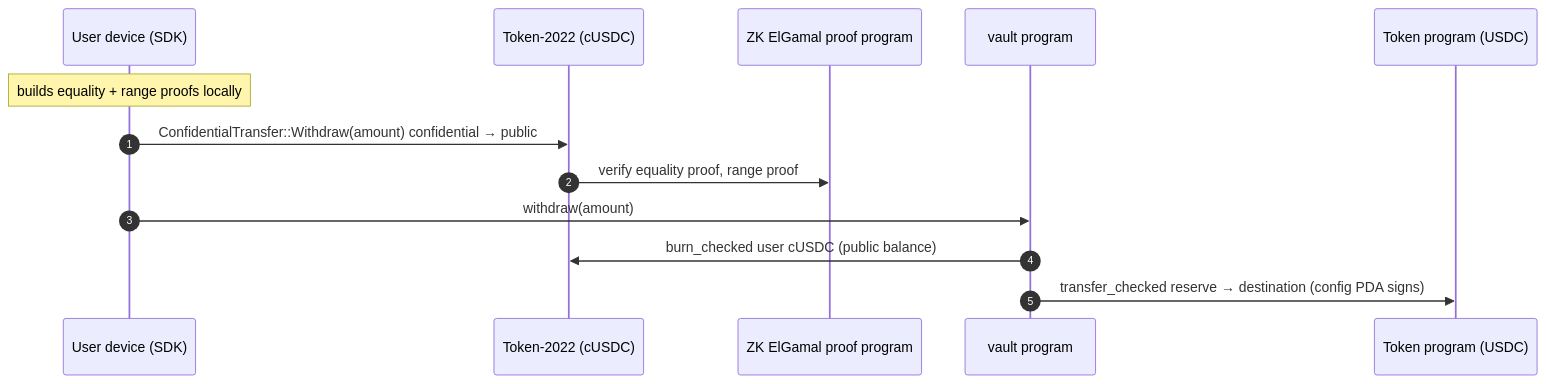
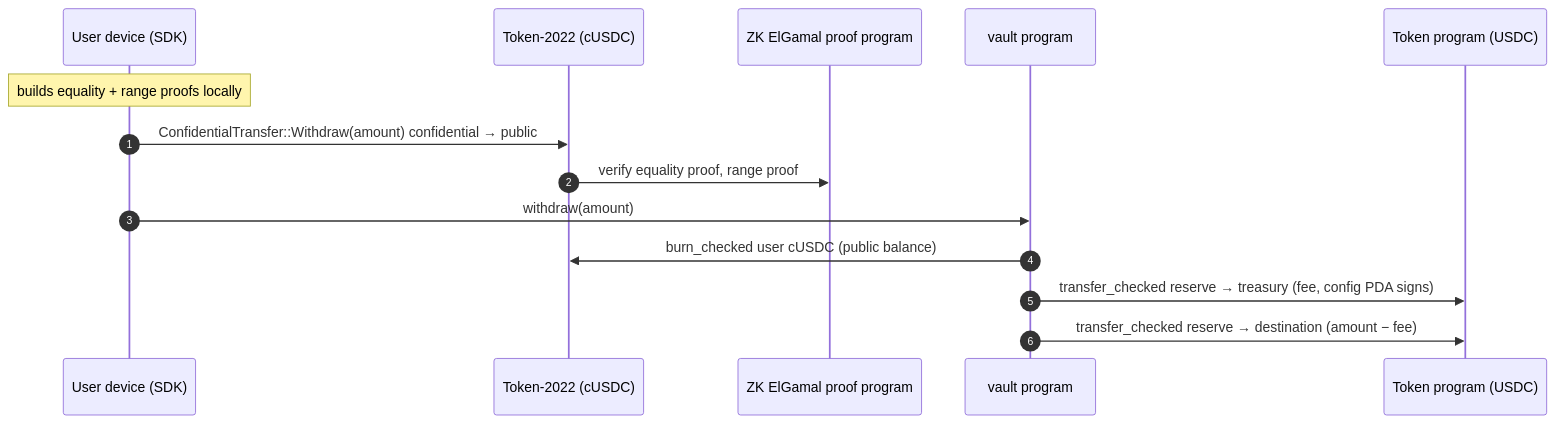
One commit to AlexSkidanov/vexa-finance changed the fifth of 6 diagrams in docs/ARCHITECTURE.md. Above: the diagram before and after it, drawn with Mermaid. The commit also changed other lines of this file and 4 other files, not shown here.

````diff
--- a/docs/ARCHITECTURE.md
+++ b/docs/ARCHITECTURE.md
@@ -118,16 +119,17 @@
 ```mermaid
 sequenceDiagram
   autonumber
   participant U as User device (SDK)
   participant T22 as Token-2022 (cUSDC)
   participant ZK as ZK ElGamal proof program
   participant V as vault program
   participant T as Token program (USDC)
 
   Note over U: builds equality + range proofs locally
   U->>T22: ConfidentialTransfer::Withdraw(amount) confidential → public
   T22->>ZK: verify equality proof, range proof
   U->>V: withdraw(amount)
   V->>T22: burn_checked user cUSDC (public balance)
-  V->>T: transfer_checked reserve → destination (config PDA signs)
+  V->>T: transfer_checked reserve → treasury (fee, config PDA signs)
+  V->>T: transfer_checked reserve → destination (amount − fee)
 ```
````
